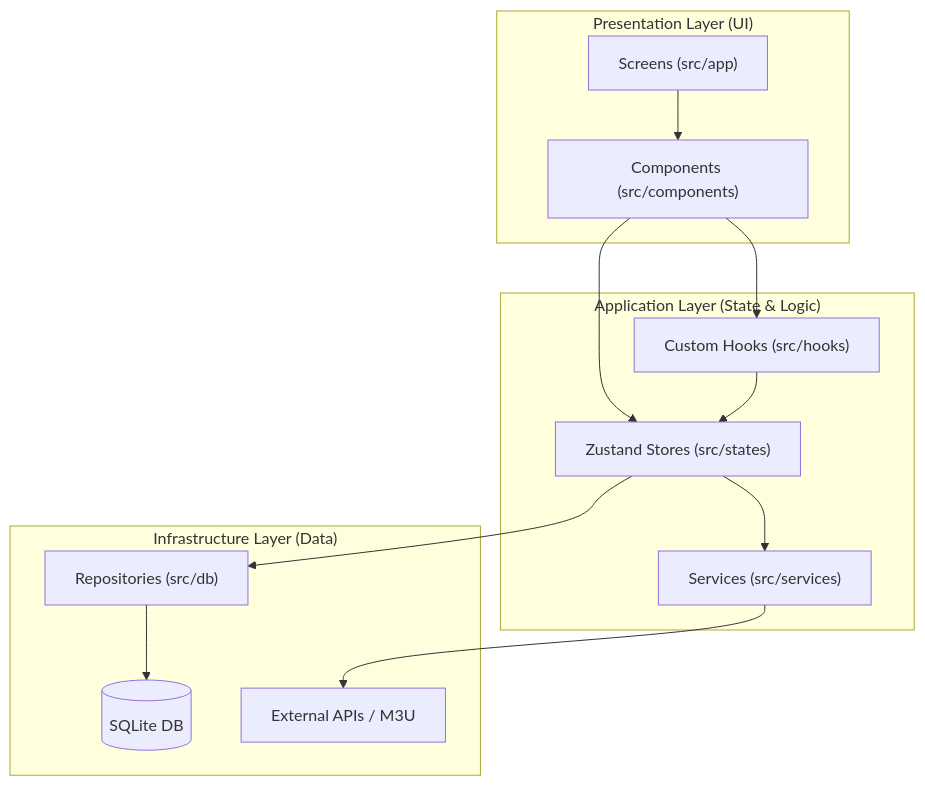
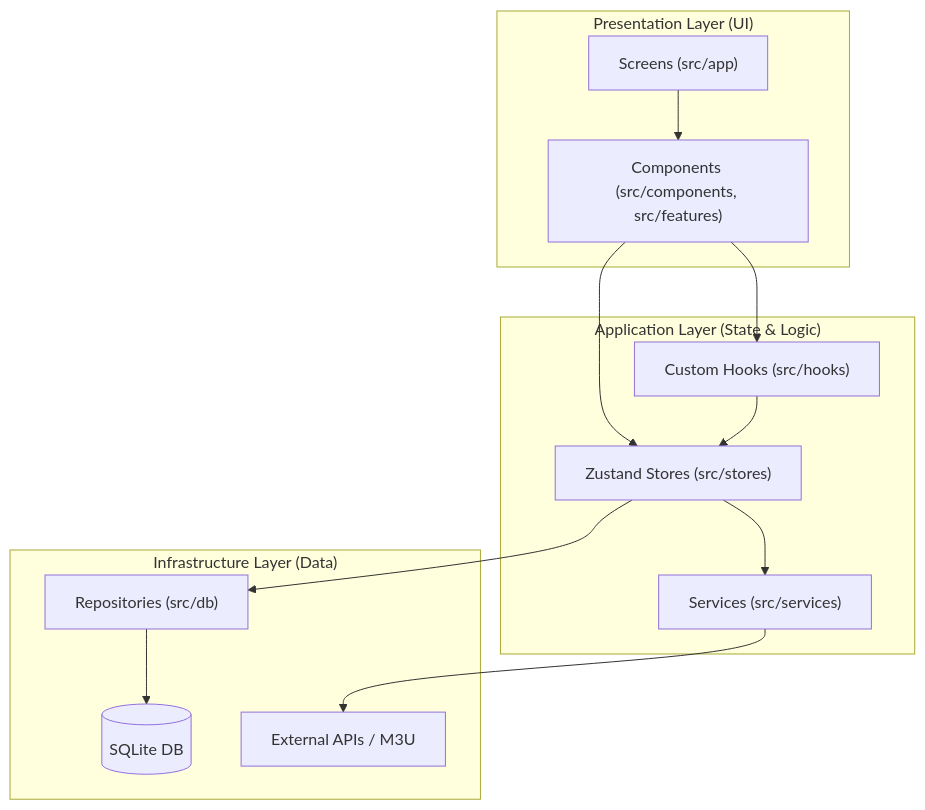
Before and after one commit to eirikeg1/media-player: the first of 3 diagrams in docs/system-architecture.md, drawn with Mermaid. The commit also changed other lines of this file and 5 other files, not shown here.

````diff
--- a/docs/system-architecture.md
+++ b/docs/system-architecture.md
@@ -13,28 +13,28 @@
 ```mermaid
 graph TD
     subgraph "Presentation Layer (UI)"
         Screens["Screens (src/app)"]
-        Components["Components (src/components)"]
+        Components["Components (src/components, src/features)"]
     end
 
     subgraph "Application Layer (State & Logic)"
-        Stores["Zustand Stores (src/states)"]
+        Stores["Zustand Stores (src/stores)"]
         Hooks["Custom Hooks (src/hooks)"]
         Services["Services (src/services)"]
     end
 
     subgraph "Infrastructure Layer (Data)"
         Repo["Repositories (src/db)"]
         SQLite[("SQLite DB")]
         API["External APIs / M3U"]
     end
 
     Screens --> Components
     Components --> Hooks
     Components --> Stores
     Hooks --> Stores
     Stores --> Services
     Stores --> Repo
     Services --> API
     Repo --> SQLite
 ```
````
